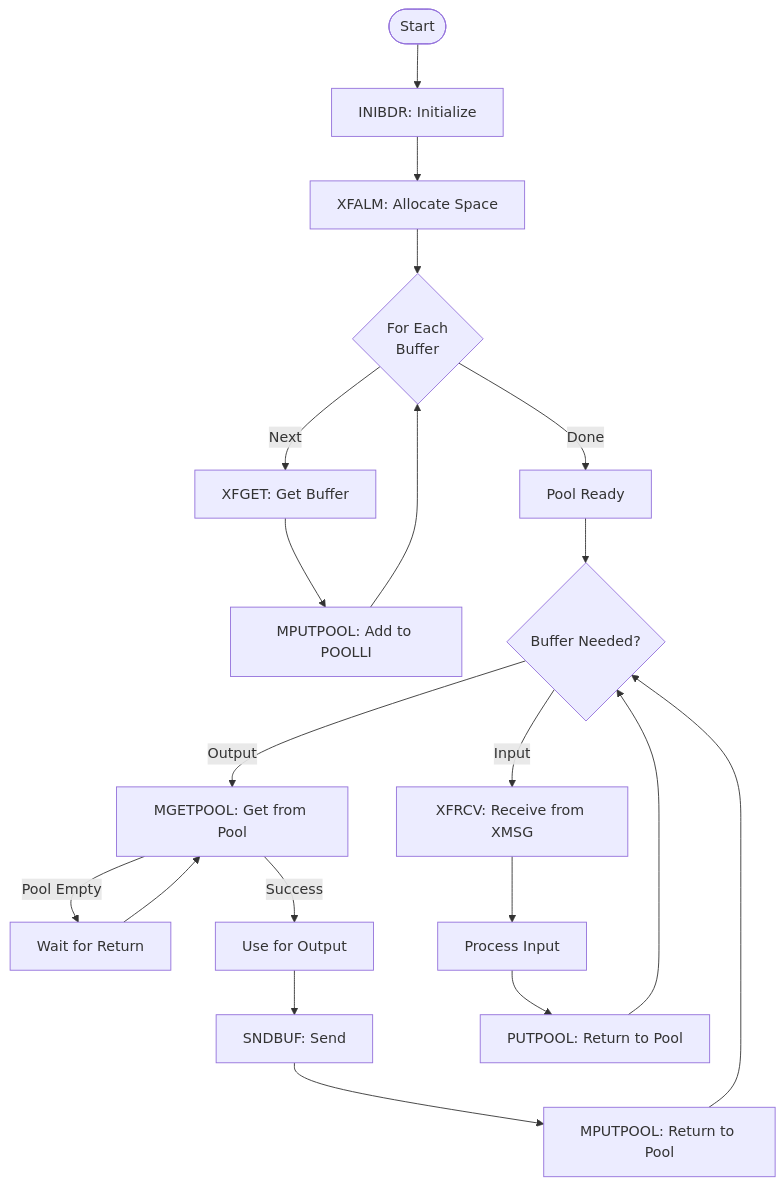
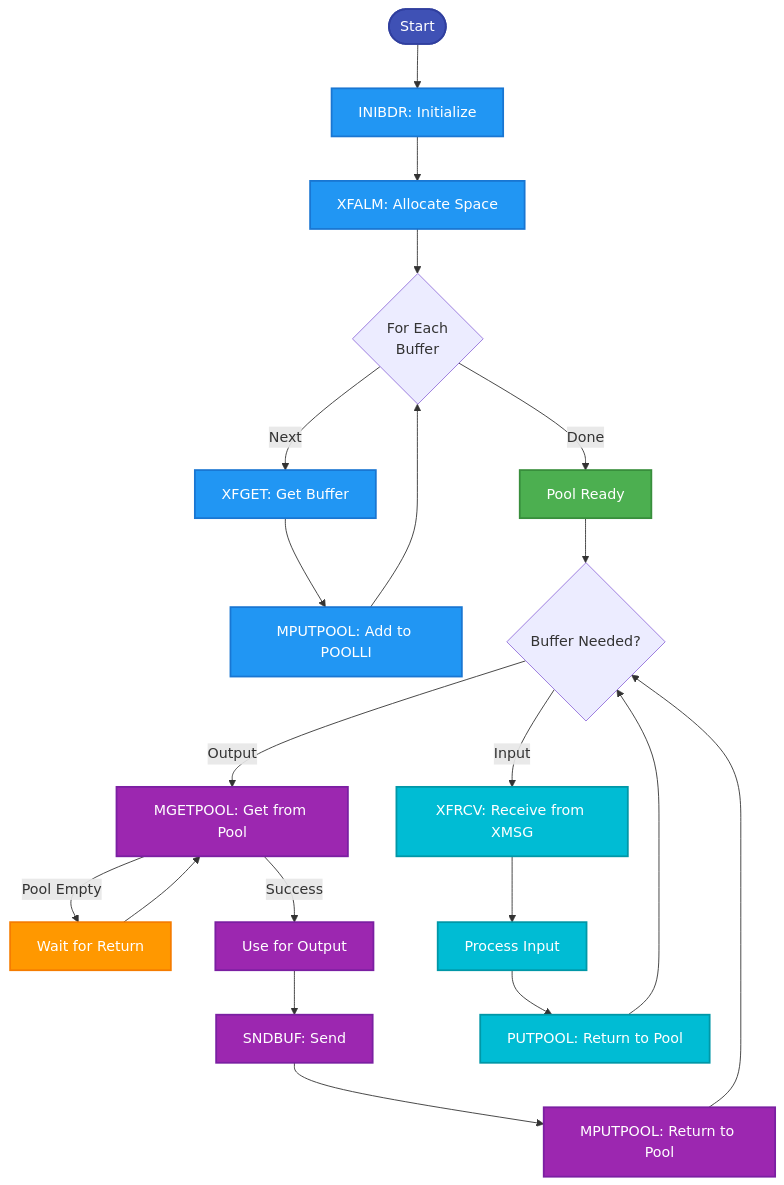
The sixth of 21 diagrams in SINTRAN/TAD/TAD-Protocol-Flows.md (HackerCorpLabs/NDInsight), drawn with Mermaid before and after one commit. The commit also changed other lines of this file, not shown here.

First line of the commit message:
docs: Add WCAG-compliant colors to TAD protocol diagrams

````diff
--- a/SINTRAN/TAD/TAD-Protocol-Flows.md
+++ b/SINTRAN/TAD/TAD-Protocol-Flows.md
@@ -286,27 +286,42 @@
 ```mermaid
 flowchart TD
     Start([Start]) --> Init[INIBDR: Initialize]
     Init --> Alloc[XFALM: Allocate Space]
     Alloc --> Loop{For Each<br/>Buffer}
 
     Loop -->|Next| GetBuf[XFGET: Get Buffer]
     GetBuf --> AddPool[MPUTPOOL: Add to POOLLI]
     AddPool --> Loop
 
     Loop -->|Done| Ready[Pool Ready]
     Ready --> Use{Buffer Needed?}
 
     Use -->|Output| GetOut[MGETPOOL: Get from Pool]
     GetOut -->|Pool Empty| Wait1[Wait for Return]
     GetOut -->|Success| UseOut[Use for Output]
     UseOut --> SendOut[SNDBUF: Send]
     SendOut --> RetOut[MPUTPOOL: Return to Pool]
     RetOut --> Use
 
     Use -->|Input| GetIn[XFRCV: Receive from XMSG]
     GetIn --> UseIn[Process Input]
     UseIn --> RetIn[PUTPOOL: Return to Pool]
     RetIn --> Use
 
     Wait1 --> GetOut
+    
+    style Start fill:#3F51B5,stroke:#303F9F,stroke-width:2px,color:#fff
+    style Init fill:#2196F3,stroke:#1976D2,stroke-width:2px,color:#fff
+    style Alloc fill:#2196F3,stroke:#1976D2,stroke-width:2px,color:#fff
+    style GetBuf fill:#2196F3,stroke:#1976D2,stroke-width:2px,color:#fff
+    style AddPool fill:#2196F3,stroke:#1976D2,stroke-width:2px,color:#fff
+    style Ready fill:#4CAF50,stroke:#388E3C,stroke-width:2px,color:#fff
+    style GetOut fill:#9C27B0,stroke:#7B1FA2,stroke-width:2px,color:#fff
+    style UseOut fill:#9C27B0,stroke:#7B1FA2,stroke-width:2px,color:#fff
+    style SendOut fill:#9C27B0,stroke:#7B1FA2,stroke-width:2px,color:#fff
+    style RetOut fill:#9C27B0,stroke:#7B1FA2,stroke-width:2px,color:#fff
+    style GetIn fill:#00BCD4,stroke:#0097A7,stroke-width:2px,color:#fff
+    style UseIn fill:#00BCD4,stroke:#0097A7,stroke-width:2px,color:#fff
+    style RetIn fill:#00BCD4,stroke:#0097A7,stroke-width:2px,color:#fff
+    style Wait1 fill:#FF9800,stroke:#F57C00,stroke-width:2px,color:#fff
 ```
````
